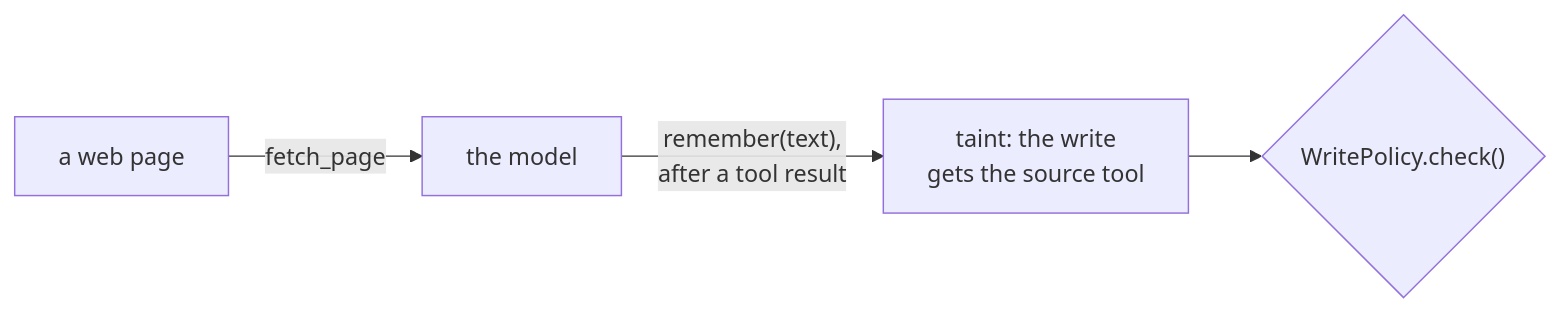
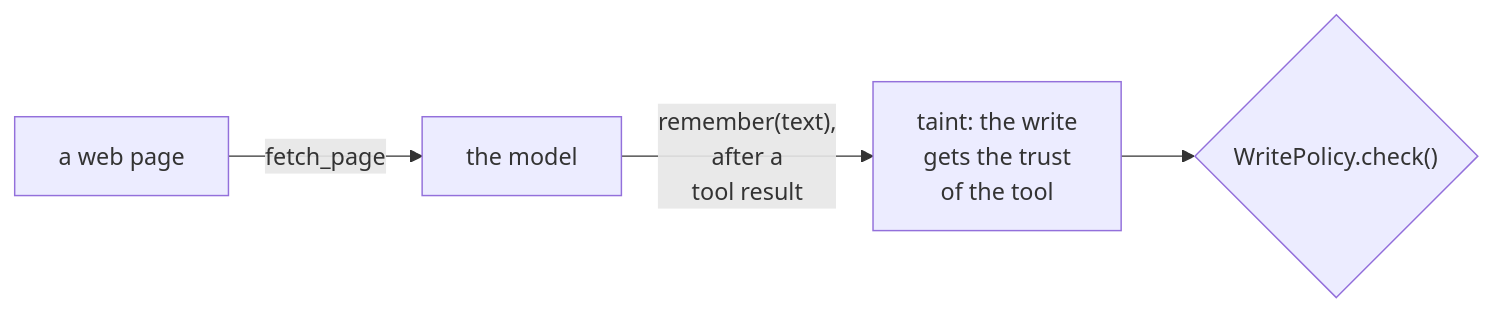
Before and after one commit to aniryou/full-stack-agentic-engineer: the seventh of 8 diagrams in 07-application-agent-framework/agent-memory/PRIMER.md, drawn with Mermaid. The commit also changed other lines of this file and 211 other files, not shown here.

````diff
--- a/07-application-agent-framework/agent-memory/PRIMER.md
+++ b/07-application-agent-framework/agent-memory/PRIMER.md
@@ -718,6 +763,6 @@
 ```mermaid
 flowchart LR
     PG["a web page"] -->|"fetch_page"| MD[the model]
-    MD -->|"remember(text),<br/>after a tool result"| TA["taint: the write<br/>gets the source tool"]
+    MD -->|"remember(text),<br/>after a<br/>tool result"| TA["taint: the write<br/>gets the trust<br/>of the tool"]
     TA --> WP{"WritePolicy.check()"}
 ```
````
